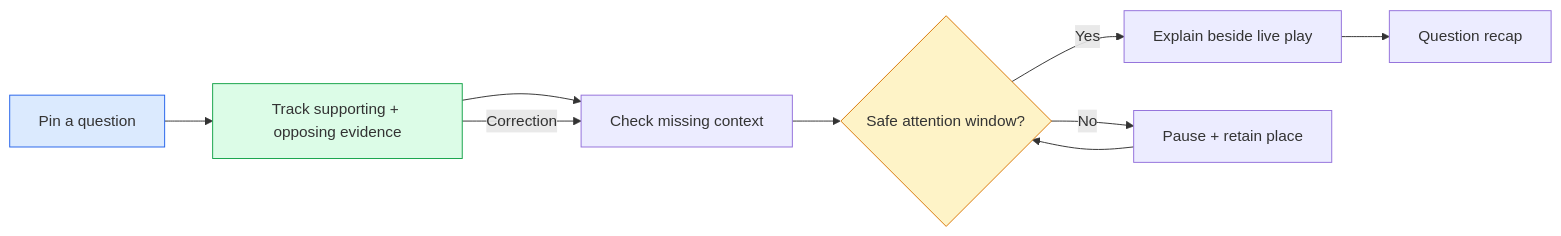
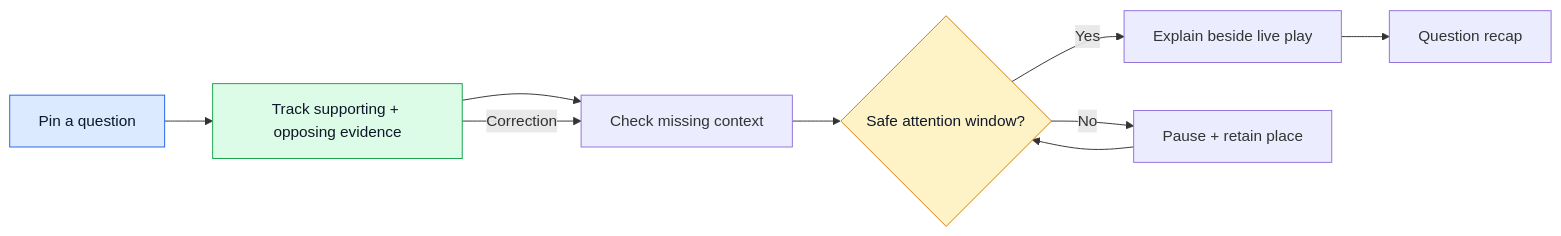
The second of 3 diagrams in research/ideas/README.md (taka6745/insidethegame), drawn with Mermaid before and after one commit. The commit also changed other lines of this file, not shown here.

Commit message:
Keep idea diagrams readable in GitHub dark mode

````diff
--- a/research/ideas/README.md
+++ b/research/ideas/README.md
@@ -86,14 +86,14 @@
 ```mermaid
 flowchart LR
   Q[Pin a question] --> E[Track supporting + opposing evidence]
   E --> K[Check missing context]
   K --> W{Safe attention window?}
   W -->|Yes| A[Explain beside live play]
   W -->|No| P[Pause + retain place]
   P --> W
   A --> R[Question recap]
   E -->|Correction| K
-  style Q fill:#dbeafe,stroke:#2563eb
-  style E fill:#dcfce7,stroke:#16a34a
-  style W fill:#fef3c7,stroke:#d97706
+  style Q fill:#dbeafe,stroke:#2563eb,color:#0f172a
+  style E fill:#dcfce7,stroke:#16a34a,color:#0f172a
+  style W fill:#fef3c7,stroke:#d97706,color:#0f172a
 ```
````
